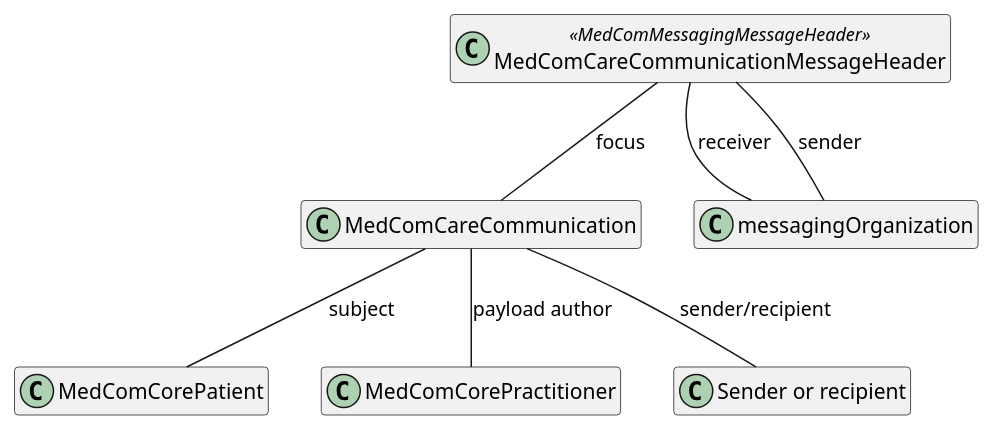
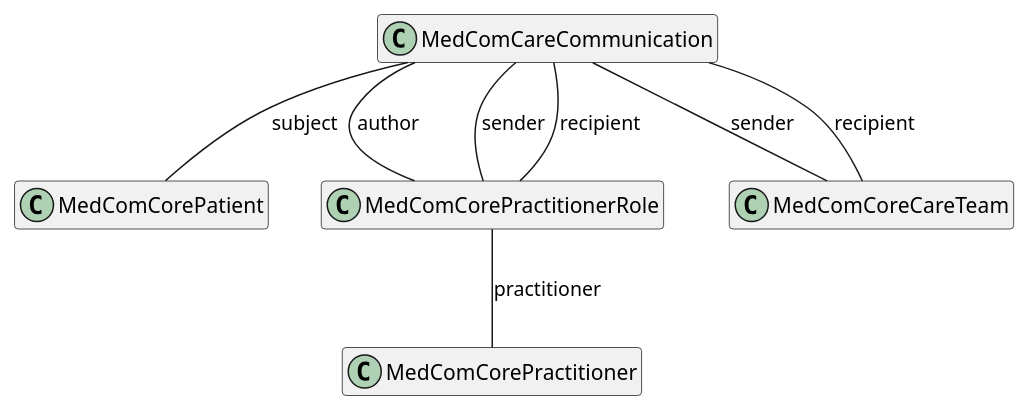
Before and after one commit to medcomdk/dk-medcom-carecommunication: the diagram in puml/CareCommunicationCommunication.puml, drawn with PlantUML. The commit also changed 12 other files, not shown here.

```diff
--- a/puml/CareCommunicationCommunication.puml
+++ b/puml/CareCommunicationCommunication.puml
@@ -1,19 +1,21 @@
 @startuml CareCommunicationCommunication
 
 hide empty members
 
 class "MedComCareCommunication" as communication
 class "MedComCorePatient" as patient
+class "MedComCorePractitionerRole" as pracRole
+class "MedComCoreCareTeam" as careteam
 class "MedComCorePractitioner" as author
-class "Sender or recipient" as senderRec
-class "MedComCareCommunicationMessageHeader" as messageheader <<MedComMessagingMessageHeader>>
-
-messageheader -- communication : "focus"
-communication -- patient : "subject"
-communication -- author : "payload author"
-communication -- senderRec : "sender/recipient"
 
 
-messageheader -- messagingOrganization : "receiver"
-messageheader -- messagingOrganization : "sender"
+
+communication -- patient : "subject"
+communication -- pracRole : "author"
+communication -- careteam : "sender"
+communication -- careteam : "recipient"
+communication -- pracRole : "sender"
+communication -- pracRole : "recipient"
+pracRole -- author : "practitioner"
+
 @enduml
```
